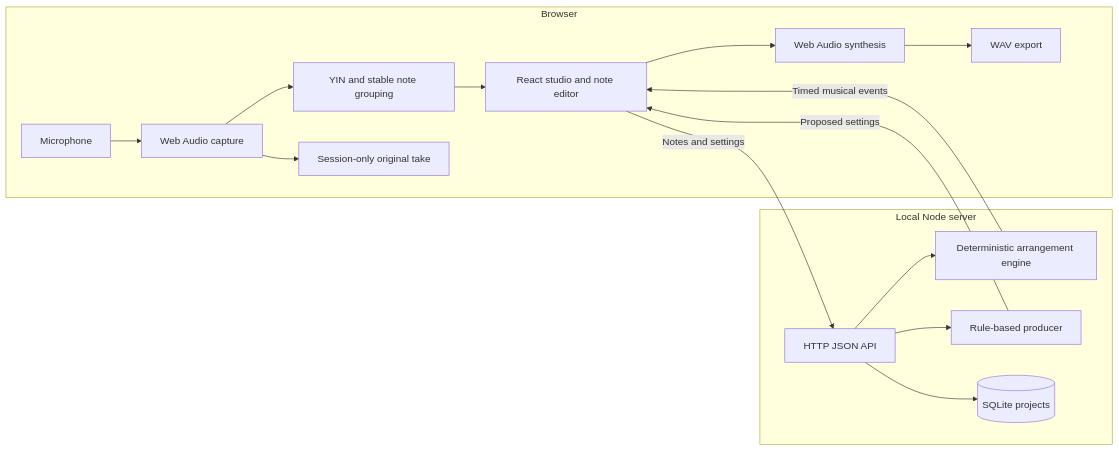
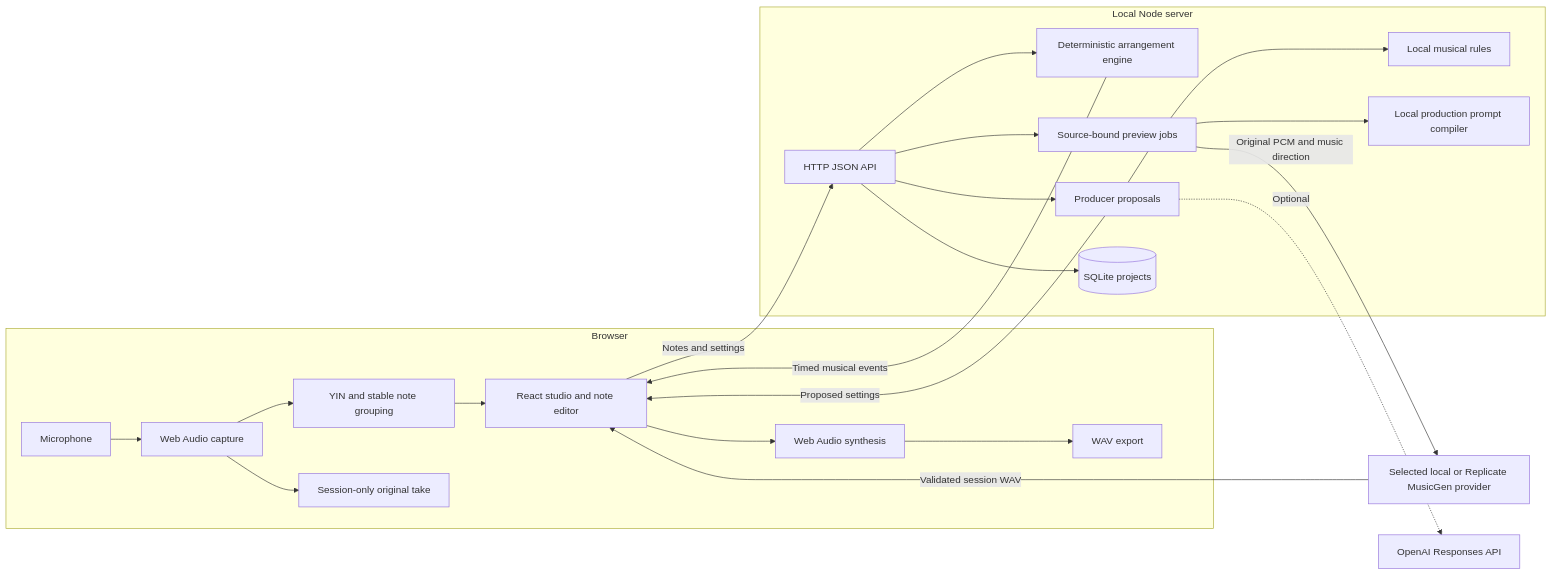
The diagram in README.md (liliesaredeadly/MUSE), drawn with Mermaid before and after one commit. The commit also changed other lines of this file and 224 other files, not shown here.

First line of the commit message:
feat: preserve hummed melodies and integrate MusicGen production

````diff
--- a/README.md
+++ b/README.md
@@ -50,19 +100,25 @@
 ```mermaid
 flowchart LR
   subgraph Browser
     Mic[Microphone] --> Capture[Web Audio capture]
     Capture --> Pitch[YIN and stable note grouping]
     Capture --> Original[Session-only original take]
     Pitch --> UI[React studio and note editor]
     UI --> Synth[Web Audio synthesis]
     Synth --> WAV[WAV export]
   end
   subgraph Local_Node_Server[Local Node server]
     API[HTTP JSON API] --> Arrange[Deterministic arrangement engine]
-    API --> Producer[Rule-based producer]
+    API --> Producer[Producer proposals]
+    Producer --> Rules[Local musical rules]
+    API --> Jobs[Source-bound preview jobs]
+    Jobs --> Prompt[Local production prompt compiler]
     API --> DB[(SQLite projects)]
   end
+  Jobs -->|Original PCM and music direction| MusicGen[Selected local or Replicate MusicGen provider]
+  MusicGen -->|Validated session WAV| UI
+  Producer -. Optional .-> OpenAI[OpenAI Responses API]
   UI -->|Notes and settings| API
   Arrange -->|Timed musical events| UI
   Producer -->|Proposed settings| UI
 ```
````
